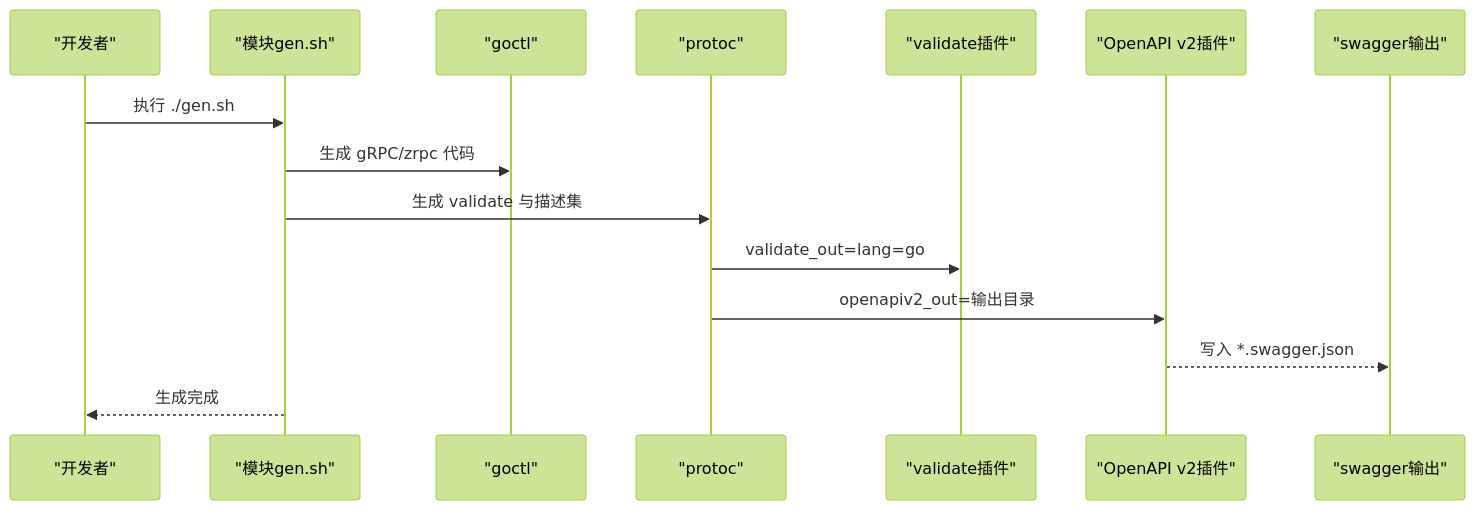
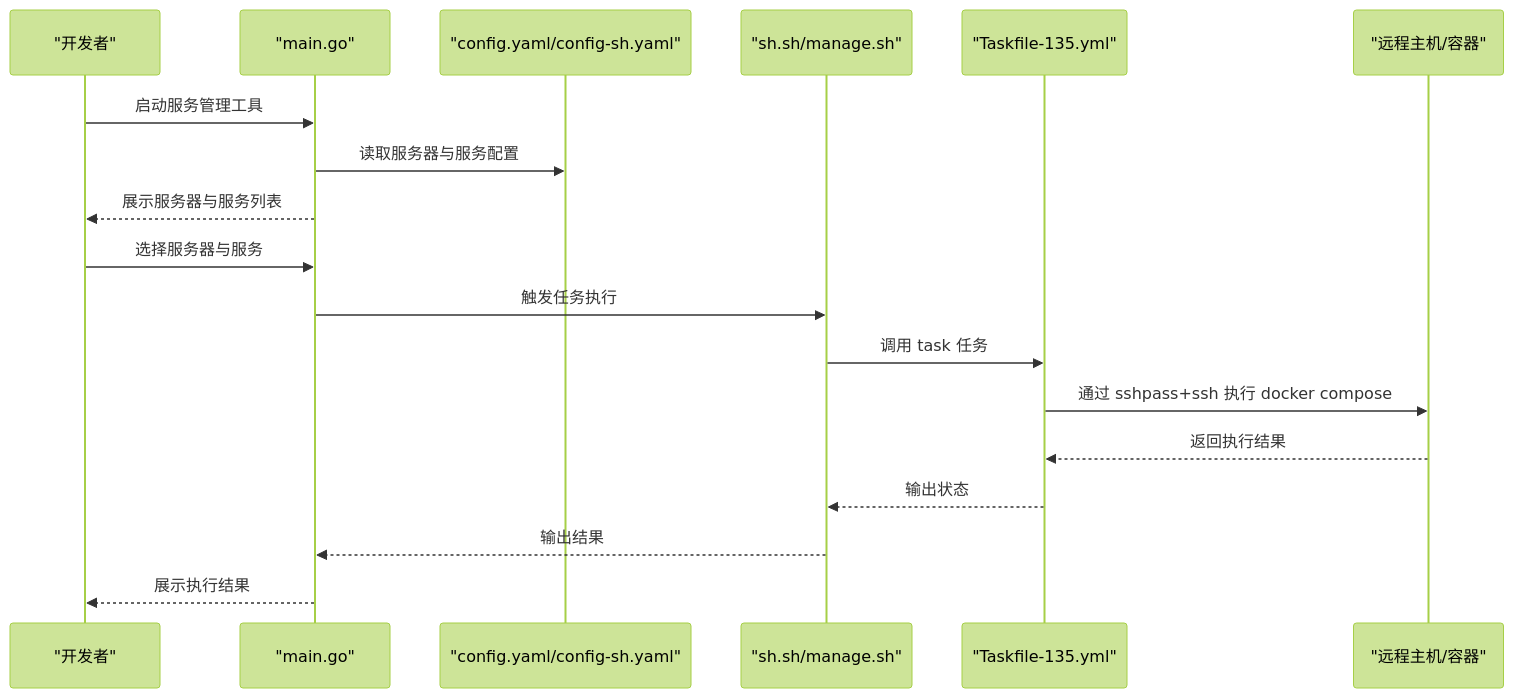
The second of 6 diagrams in .qoder/repowiki/zh/content/开发指南/代码生成工具.md (maomao94/zero-service), drawn with Mermaid (forest theme) before and after one commit. The commit also changed other lines of this file and 362 other files, not shown here.

````diff
--- a/.qoder/repowiki/zh/content/开发指南/代码生成工具.md
+++ b/.qoder/repowiki/zh/content/开发指南/代码生成工具.md
@@ -159,17 +133,20 @@
 ```mermaid
 sequenceDiagram
 participant Dev as "开发者"
-participant GS as "模块gen.sh"
-participant GC as "goctl"
-participant PC as "protoc"
-participant VP as "validate插件"
-participant OA as "OpenAPI v2插件"
-participant SW as "swagger输出"
-Dev->>GS : 执行 ./gen.sh
-GS->>GC : 生成 gRPC/zrpc 代码
-GS->>PC : 生成 validate 与描述集
-PC->>VP : validate_out=lang=go
-PC->>OA : openapiv2_out=输出目录
-OA-->>SW : 写入 *.swagger.json
-GS-->>Dev : 生成完成
+participant CLI as "main.go"
+participant CFG as "config.yaml/config-sh.yaml"
+participant SH as "sh.sh/manage.sh"
+participant TF as "Taskfile-135.yml"
+participant REM as "远程主机/容器"
+Dev->>CLI : 启动服务管理工具
+CLI->>CFG : 读取服务器与服务配置
+CLI-->>Dev : 展示服务器与服务列表
+Dev->>CLI : 选择服务器与服务
+CLI->>SH : 触发任务执行
+SH->>TF : 调用 task 任务
+TF->>REM : 通过 sshpass+ssh 执行 docker compose
+REM-->>TF : 返回执行结果
+TF-->>SH : 输出状态
+SH-->>CLI : 输出结果
+CLI-->>Dev : 展示执行结果
 ```
````
